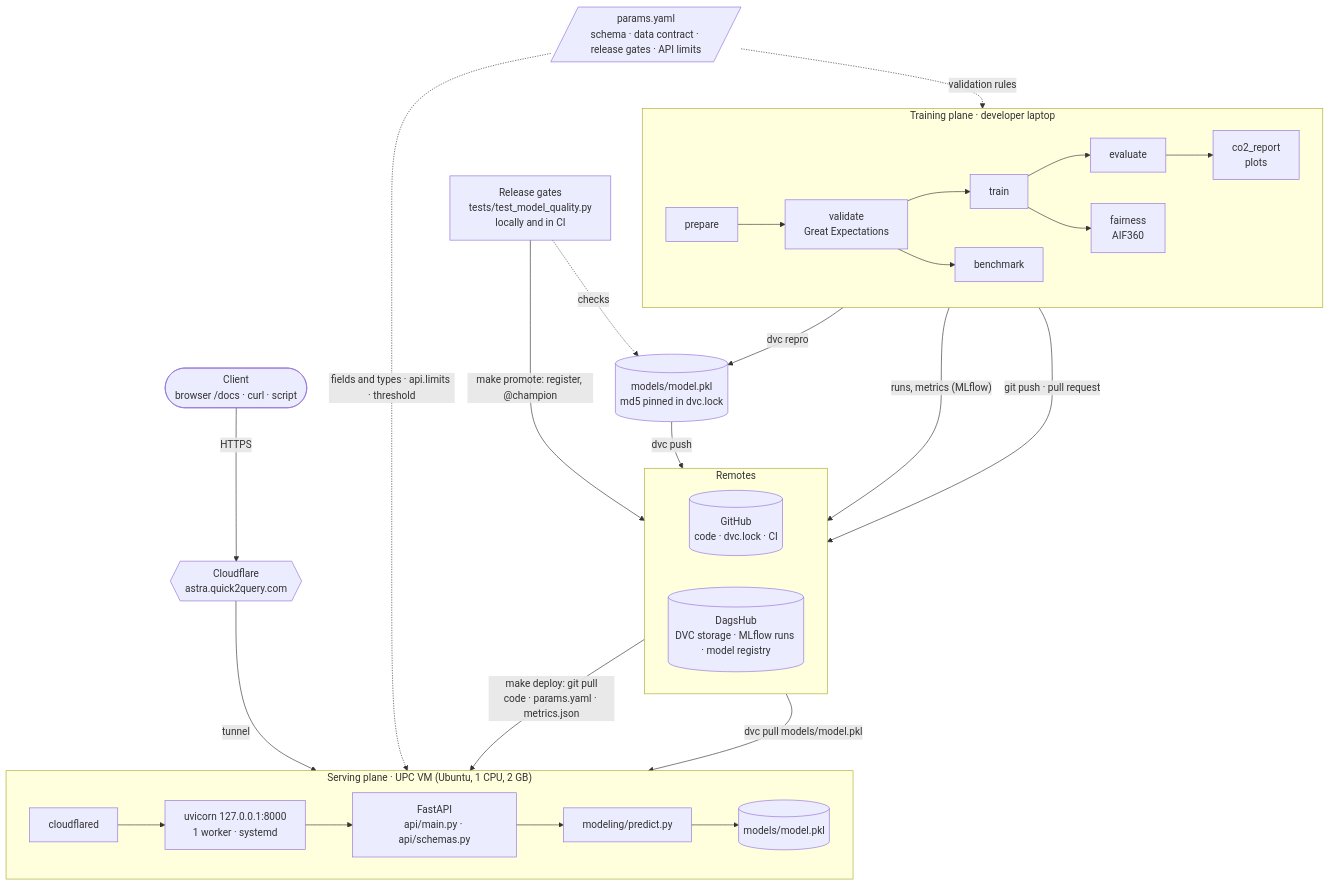
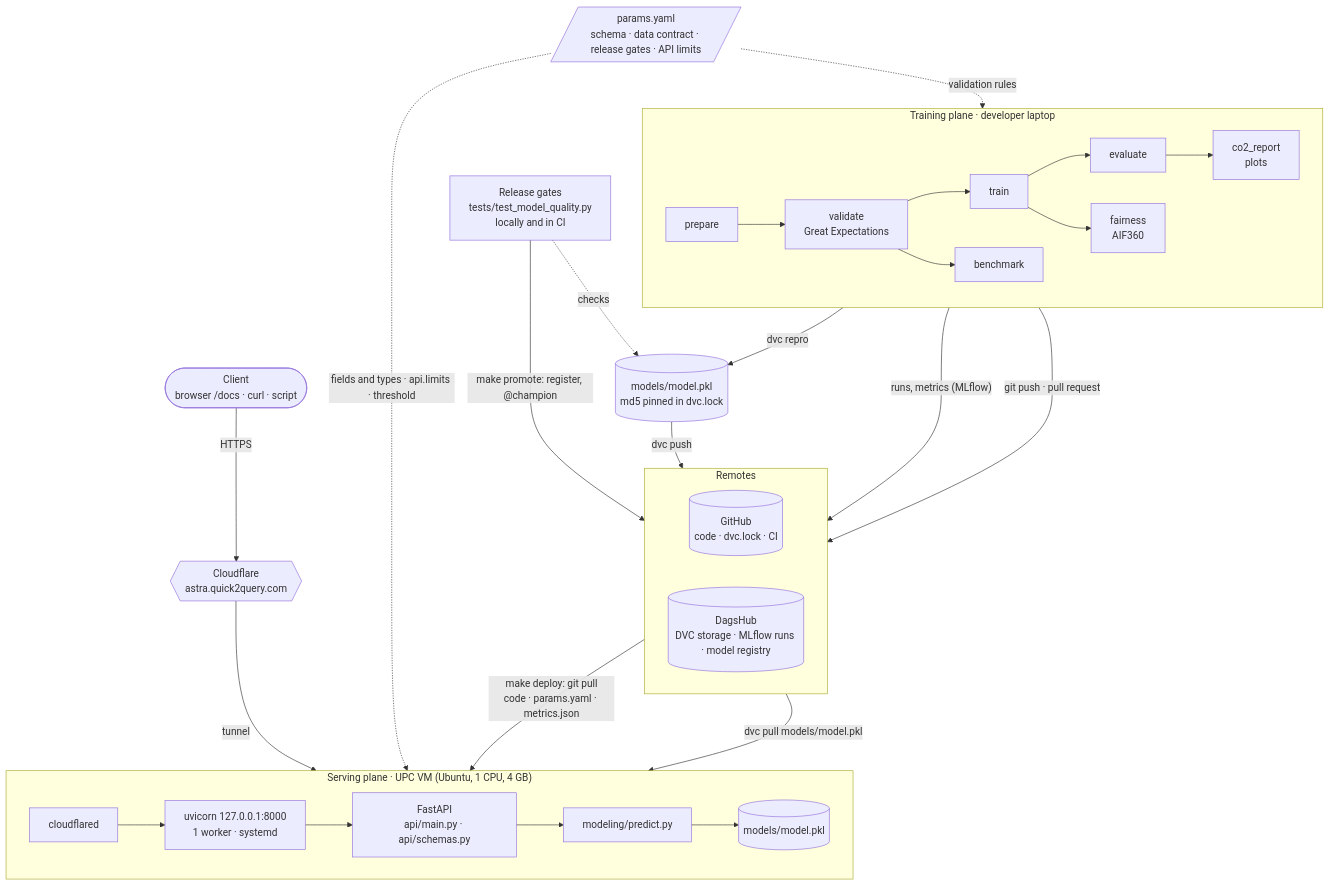
Before and after one commit to taed2-2627q1-gced-upc/taed2-astra: the first of 2 diagrams in docs/system_design.md, drawn with Mermaid. The commit also changed 3 other files, not shown here.

````diff
--- a/docs/system_design.md
+++ b/docs/system_design.md
@@ -29,38 +29,38 @@
 ```mermaid
 flowchart TB
     P[/"params.yaml<br/>schema · data contract · release gates · API limits"/]
 
     subgraph TRAINING["Training plane · developer laptop"]
         direction LR
         PREP[prepare] --> VAL["validate<br/>Great Expectations"] --> TRAIN[train] --> EVAL[evaluate] --> CO2["co2_report<br/>plots"]
         VAL --> BENCH[benchmark]
         TRAIN --> FAIR["fairness<br/>AIF360"]
     end
 
     M[("models/model.pkl<br/>md5 pinned in dvc.lock")]
     GATES["Release gates<br/>tests/test_model_quality.py<br/>locally and in CI"]
 
     subgraph REMOTES["Remotes"]
         direction LR
         GH[("GitHub<br/>code · dvc.lock · CI")]
         DH[("DagsHub<br/>DVC storage · MLflow runs · model registry")]
     end
 
-    subgraph SERVING["Serving plane · UPC VM (Ubuntu, 1 CPU, 2 GB)"]
+    subgraph SERVING["Serving plane · UPC VM (Ubuntu, 1 CPU, 4 GB)"]
         direction LR
         CFD[cloudflared] --> UV["uvicorn 127.0.0.1:8000<br/>1 worker · systemd"] --> APP["FastAPI<br/>api/main.py · api/schemas.py"] --> PRED["modeling/predict.py"] --> MV[("models/model.pkl")]
     end
 
     CLIENT(["Client<br/>browser /docs · curl · script"]) -- HTTPS --> CF{{"Cloudflare<br/>astra.quick2query.com"}} -- tunnel --> SERVING
 
     P -. "validation rules" .-> TRAINING
     TRAINING -- "dvc repro" --> M
     GATES -. checks .-> M
     GATES -- "make promote: register, @champion" --> DH
     TRAINING -- "runs, metrics (MLflow)" --> DH
     M -- "dvc push" --> DH
     TRAINING -- "git push · pull request" --> GH
     GH -- "make deploy: git pull<br/>code · params.yaml · metrics.json" --> SERVING
     DH -- "dvc pull models/model.pkl" --> SERVING
     P -. "fields and types · api.limits · threshold" .-> SERVING
 ```
````
